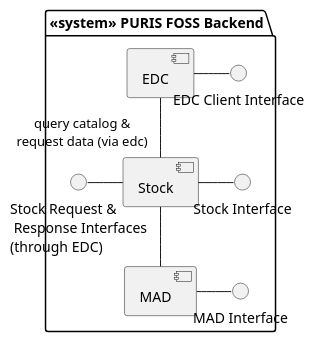
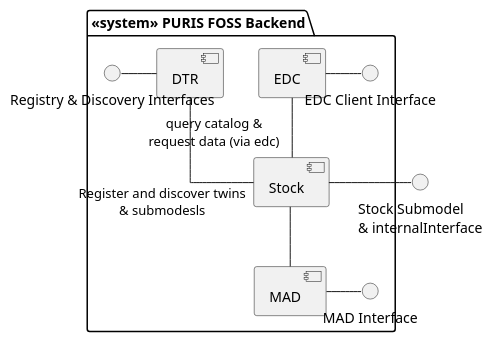
The diagram in docs/arc42/puml/05-level-1-backend.puml (eclipse-tractusx/puris), drawn with PlantUML before and after one commit. The commit also changed 11 other files, not shown here.

```diff
--- a/docs/arc42/puml/05-level-1-backend.puml
+++ b/docs/arc42/puml/05-level-1-backend.puml
@@ -1,22 +1,24 @@
 @startuml
 skinparam linetype ortho
 
 package "<<system>> PURIS FOSS Backend"{
 
+  [DTR] as dtr
   [EDC] as edc
+  [Stock] as stock
+  [MAD] as mad
+
   edc - "EDC Client Interface"
+  "Registry & Discovery Interfaces" - dtr
 
-  [Stock] as stock
-  stock - "Stock Interface"
-  "Stock Request &\n Response Interfaces\n(through EDC)" - stock
-
+  dtr -- "Register and discover twins\n& submodesls" stock
+' TODO make look great
   edc -- "query catalog &\nrequest data (via edc)" stock
 
-  [MAD] as mad
   mad - "MAD Interface"
 
-  stock -- mad
-
 }
+stock - "Stock Submodel \n& internalInterface"
+stock -- mad
 
 @enduml
```
